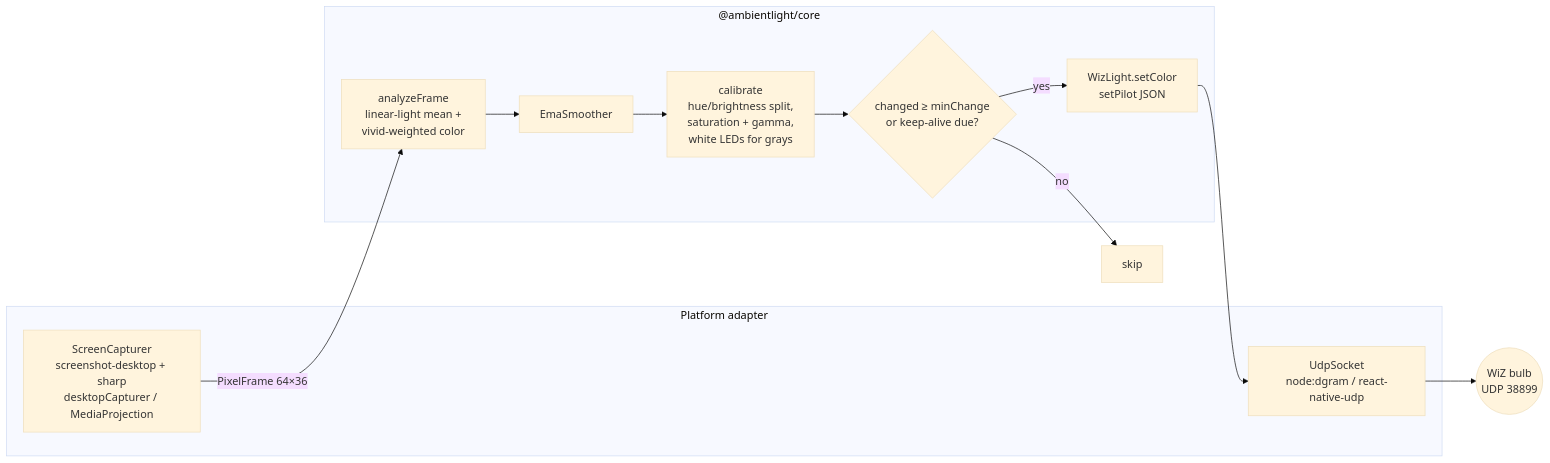
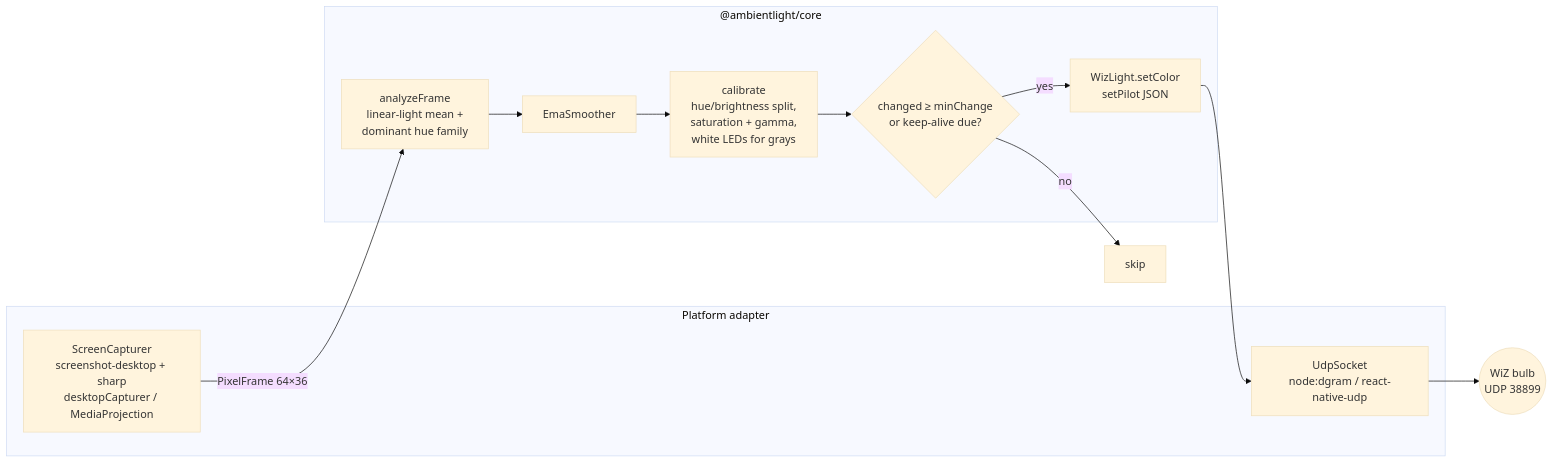
One commit to egaexplorer/AmbientLight changed the diagram in docs/ARCHITECTURE.md. Above: the diagram before and after it, drawn with Mermaid (base theme). The commit also changed other lines of this file and 13 other files, not shown here.

First line of the commit message:
feat: pick the dominant color family instead of averaging all hues

````diff
--- a/docs/ARCHITECTURE.md
+++ b/docs/ARCHITECTURE.md
@@ -9,18 +9,18 @@
 ```mermaid
 flowchart LR
   subgraph Platform adapter
     CAP[ScreenCapturer<br/>screenshot-desktop + sharp<br/>desktopCapturer / MediaProjection]
     UDP[UdpSocket<br/>node:dgram / react-native-udp]
   end
   subgraph "@ambientlight/core"
-    AVG[analyzeFrame<br/>linear-light mean +<br/>vivid-weighted color]
+    AVG[analyzeFrame<br/>linear-light mean +<br/>dominant hue family]
     EMA[EmaSmoother]
     CAL[calibrate<br/>hue/brightness split,<br/>saturation + gamma,<br/>white LEDs for grays]
     GATE{changed ≥ minChange<br/>or keep-alive due?}
     WIZ[WizLight.setColor<br/>setPilot JSON]
   end
   BULB((WiZ bulb<br/>UDP 38899))
 
   CAP -->|PixelFrame 64×36| AVG --> EMA --> CAL --> GATE -->|yes| WIZ --> UDP --> BULB
   GATE -->|no| SKIP[skip]
 ```
````
